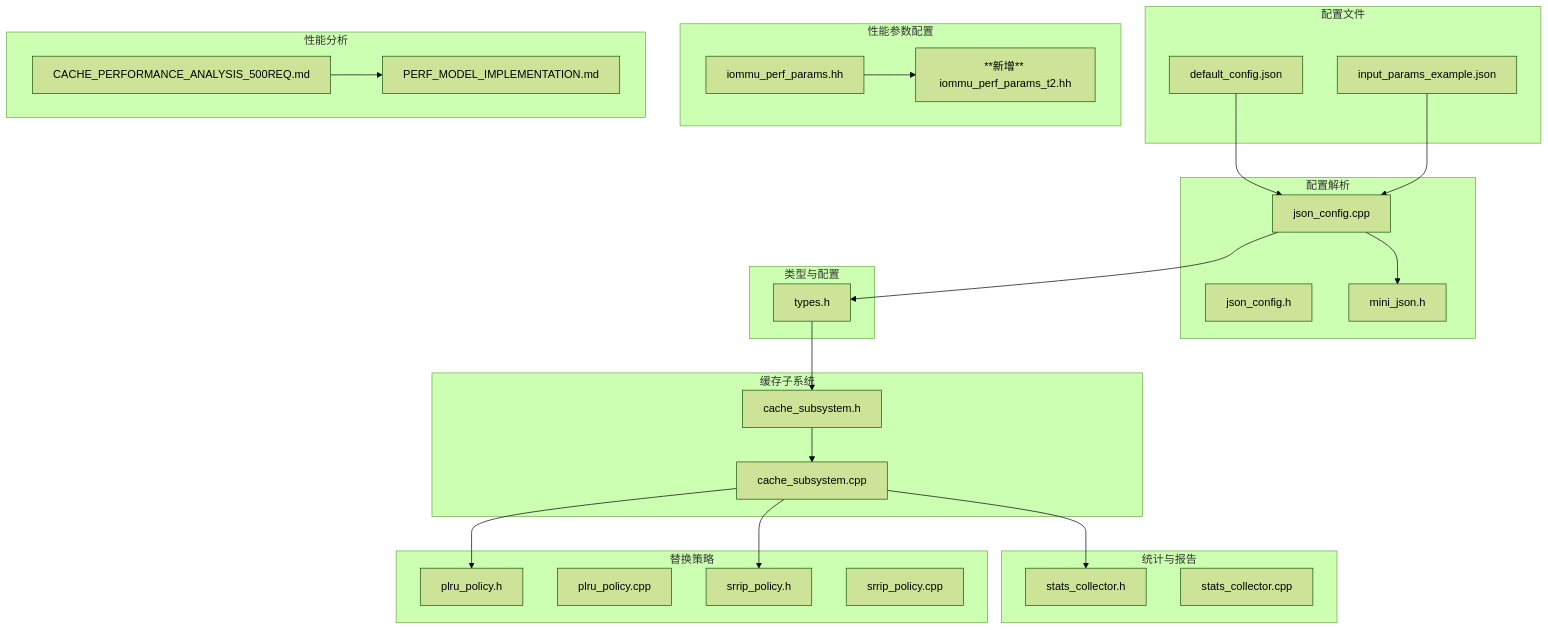
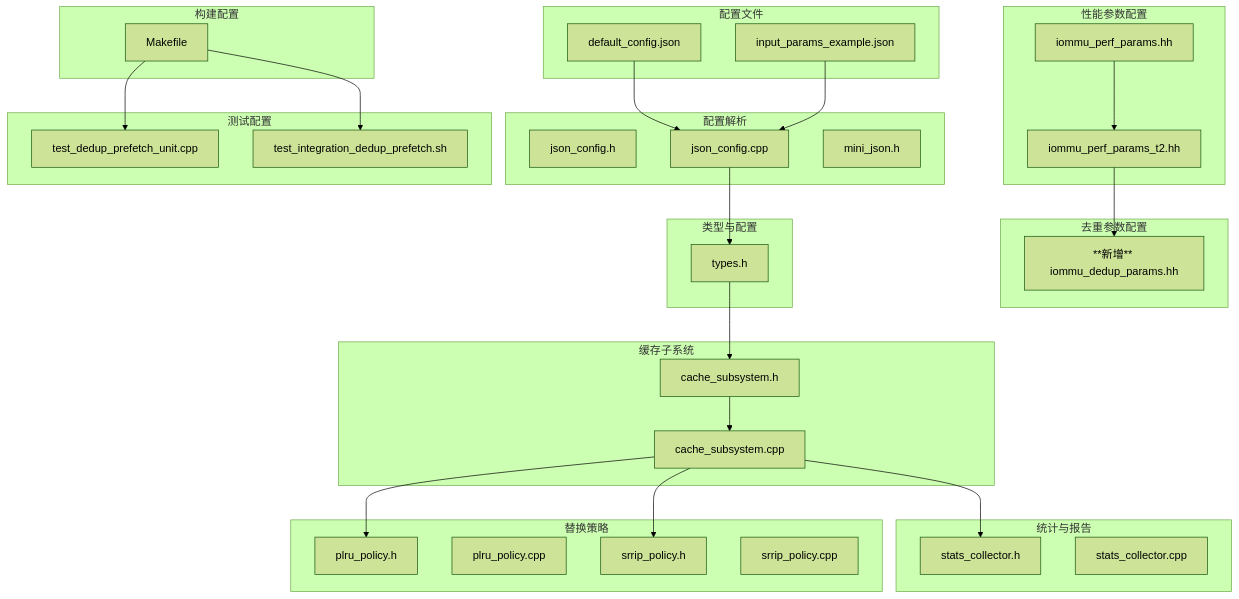
The first of 6 diagrams in .qoder/repowiki/zh/content/配置和参数管理.md (jiangjiang1122/iommu_model_20260401_v1), drawn with Mermaid (forest theme) before and after one commit. The commit also changed other lines of this file and 12 other files, not shown here.

````diff
--- a/.qoder/repowiki/zh/content/配置和参数管理.md
+++ b/.qoder/repowiki/zh/content/配置和参数管理.md
@@ -63,48 +71,55 @@
 ```mermaid
 graph TB
 subgraph "配置文件"
 DCF["default_config.json"]
 IPE["input_params_example.json"]
 end
 subgraph "性能参数配置"
 PPH["iommu_perf_params.hh"]
-PPT2["**新增** iommu_perf_params_t2.hh"]
+PPT2["iommu_perf_params_t2.hh"]
+end
+subgraph "去重参数配置"
+DPH["**新增** iommu_dedup_params.hh"]
 end
 subgraph "配置解析"
 JCH["json_config.h"]
 JCC["json_config.cpp"]
 MJH["mini_json.h"]
 end
 subgraph "类型与配置"
 TYH["types.h"]
 end
 subgraph "缓存子系统"
 CSH["cache_subsystem.h"]
 CSC["cache_subsystem.cpp"]
 end
 subgraph "统计与报告"
 SCH["stats_collector.h"]
 SCC["stats_collector.cpp"]
 end
 subgraph "替换策略"
 PLH["plru_policy.h"]
 PLC["plru_policy.cpp"]
 SRH["srrip_policy.h"]
 SRC["srrip_policy.cpp"]
 end
-subgraph "性能分析"
-CPA["CACHE_PERFORMANCE_ANALYSIS_500REQ.md"]
-PMI["PERF_MODEL_IMPLEMENTATION.md"]
+subgraph "构建配置"
+MKF["Makefile"]
+end
+subgraph "测试配置"
+TUP["test_dedup_prefetch_unit.cpp"]
+TIS["test_integration_dedup_prefetch.sh"]
 end
 DCF --> JCC
 IPE --> JCC
 PPH --> PPT2
+PPT2 --> DPH
 JCC --> TYH
 TYH --> CSH
 CSH --> CSC
 CSC --> SCH
 CSC --> PLH
 CSC --> SRH
-JCC --> MJH
-CPA --> PMI
+MKF --> TUP
+MKF --> TIS
 ```
````
